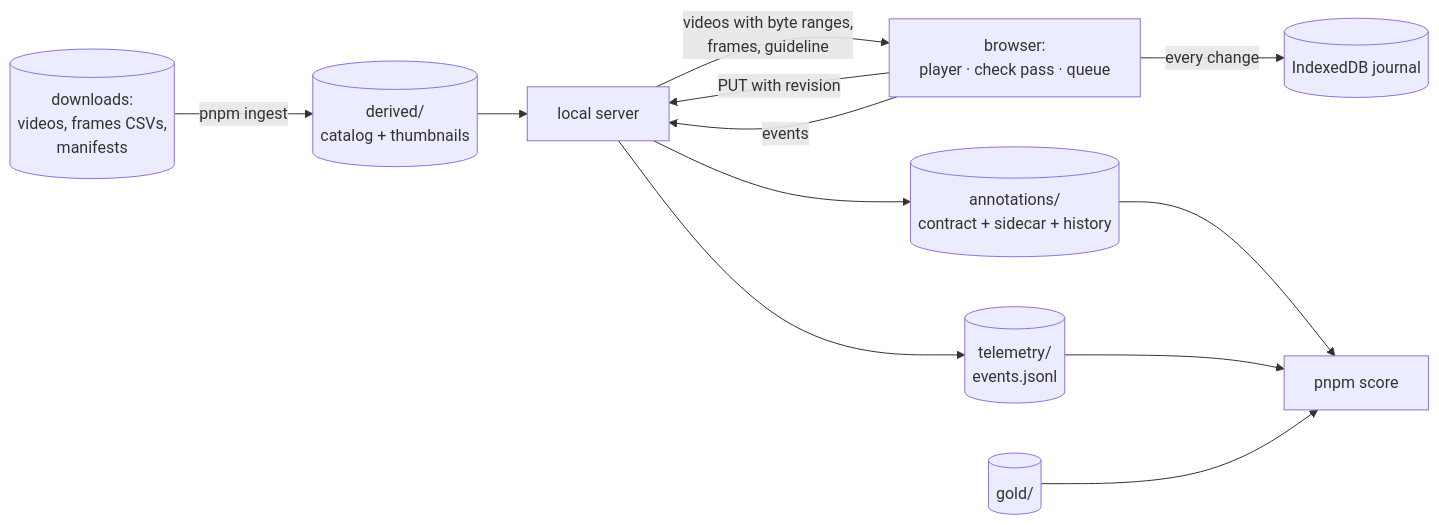
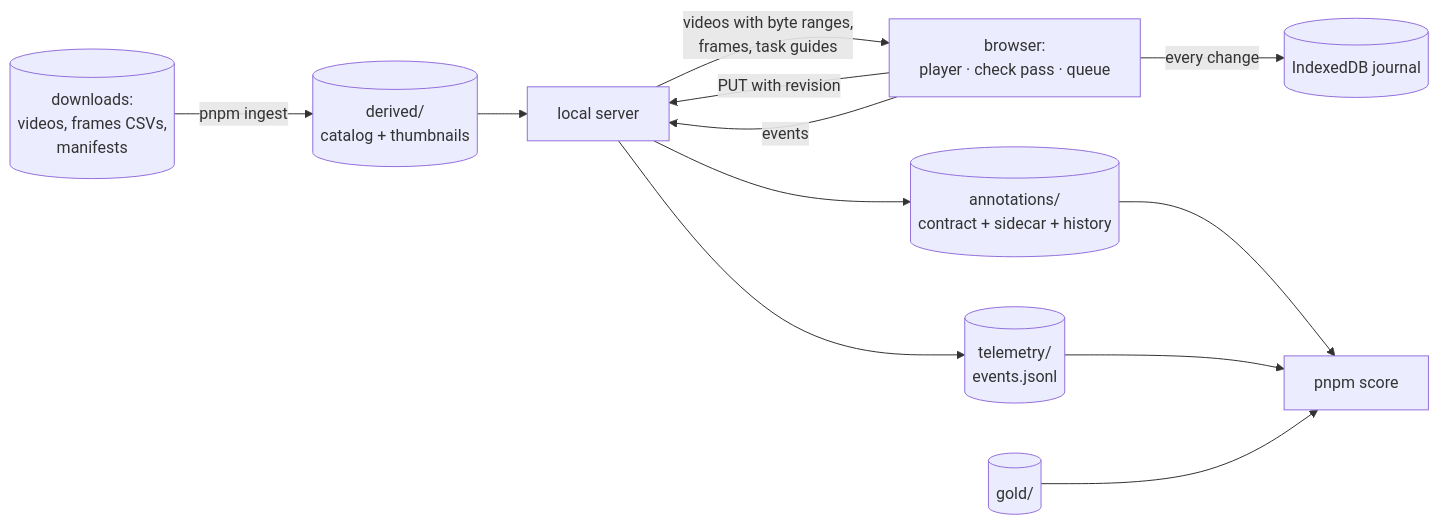
Before and after one commit to longh-do/video_annotation_tool: the diagram in docs/design.md, drawn with Mermaid. The commit also changed other lines of this file and 74 other files, not shown here.

First line of the commit message:
Redesign the screen from user feedback: one timeline, command menu, task guides

````diff
--- a/docs/design.md
+++ b/docs/design.md
@@ -48,14 +55,14 @@
 ```mermaid
 flowchart LR
   downloads[(downloads:<br>videos, frames CSVs,<br>manifests)] -->|pnpm ingest| catalog[(derived/<br>catalog + thumbnails)]
   catalog --> server[local server]
-  server -->|videos with byte ranges,<br>frames, guideline| ui[browser:<br>player · check pass · queue]
+  server -->|videos with byte ranges,<br>frames, task guides| ui[browser:<br>player · check pass · queue]
   ui -->|every change| journal[(IndexedDB journal)]
   ui -->|PUT with revision| server
   ui -->|events| server
   server --> annotations[(annotations/<br>contract + sidecar + history)]
   server --> telemetry[(telemetry/<br>events.jsonl)]
   annotations --> score[pnpm score]
   telemetry --> score
   gold[(gold/)] --> score
 ```
````
